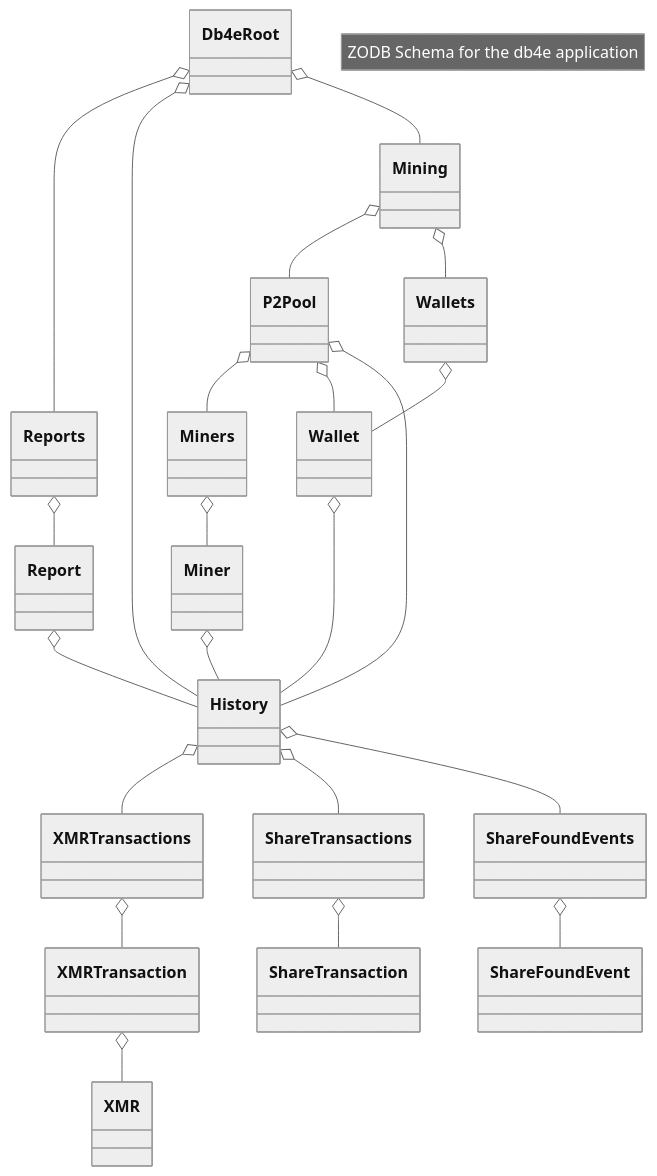
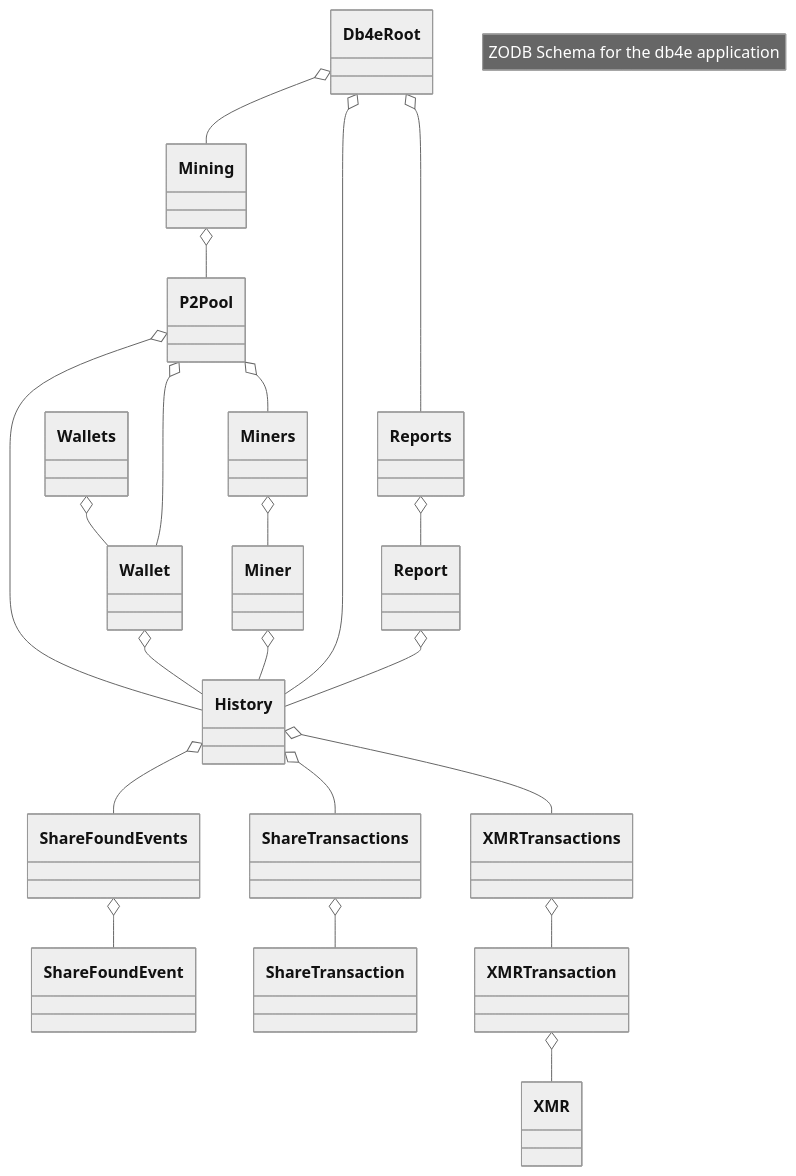
The diagram in _posts/2024-06-05-ZODB-Schema.md (NadimGhaznavi/myzodb), drawn with Mermaid (neutral theme) before and after one commit.

```diff
--- a/_posts/2024-06-05-ZODB-Schema.md
+++ b/_posts/2024-06-05-ZODB-Schema.md
@@ -12,32 +12,31 @@
 <pre class="mermaid">    
   classDiagram
     note "ZODB Schema for the db4e application"
     Db4eRoot o-- Reports
     Db4eRoot o-- History
     Db4eRoot o-- Mining
     
     Reports o-- Report
     
     Mining o-- P2Pool
-    Mining o-- Wallets
 
     Wallets o-- Wallet
 
     P2Pool o-- Miners
     Miners o-- Miner
     P2Pool o-- Wallet
     P2Pool o-- History
         
     Report o-- History
     Wallet o-- History
     Miner o-- History
         
     History o-- XMRTransactions
     History o-- ShareTransactions
     History o-- ShareFoundEvents
     XMRTransactions o-- XMRTransaction
     ShareTransactions o-- ShareTransaction
     ShareFoundEvents o-- ShareFoundEvent
 
     XMRTransaction o-- XMR
     </pre>
```
